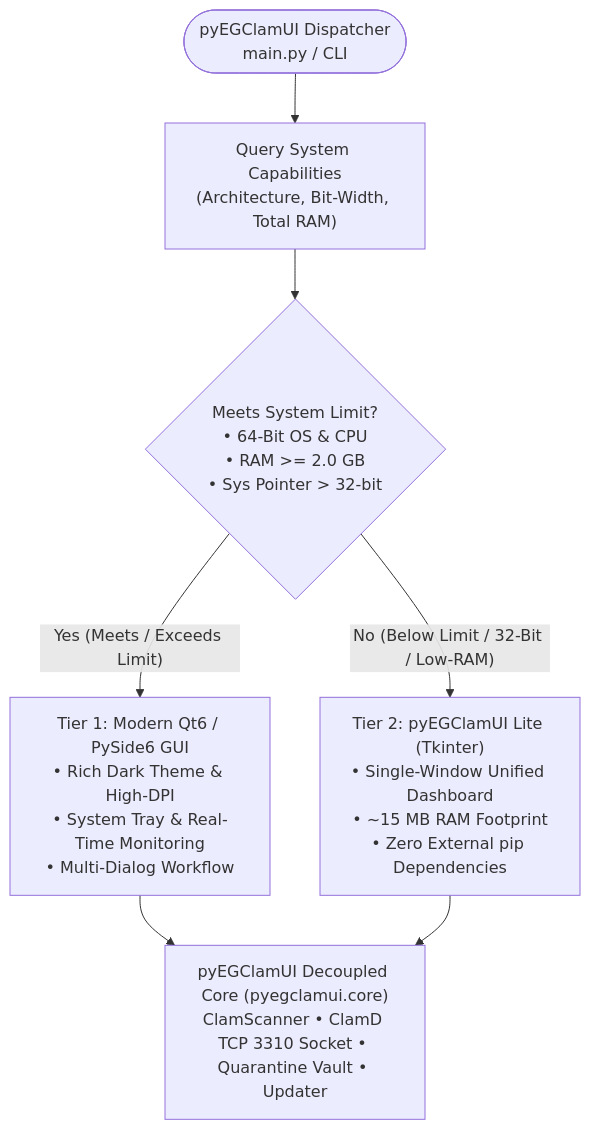
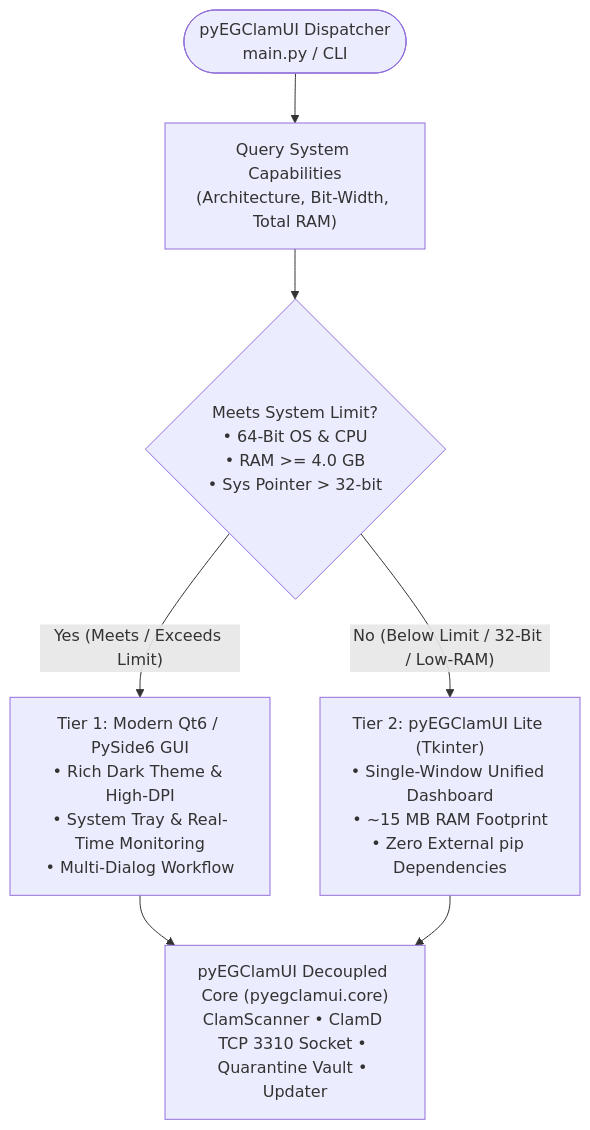
Before and after one commit to EG1DOTIN/pyEGClamUI: the first of 2 diagrams in docs/ADAPTIVE_GUI_DESIGN_PLAN.md, drawn with Mermaid. The commit also changed other lines of this file and 1 other file, not shown here.

Commit message:
docs: adjust deterministic GUI qualification RAM limit to 4GB

````diff
--- a/docs/ADAPTIVE_GUI_DESIGN_PLAN.md
+++ b/docs/ADAPTIVE_GUI_DESIGN_PLAN.md
@@ -13,11 +13,11 @@
 ```mermaid
 flowchart TD
     Boot(["pyEGClamUI Dispatcher<br/>main.py / CLI"]) --> Inspect["Query System Capabilities<br/>(Architecture, Bit-Width, Total RAM)"]
-    Inspect --> Threshold{"Meets System Limit?<br/>• 64-Bit OS & CPU<br/>• RAM >= 2.0 GB<br/>• Sys Pointer > 32-bit"}
+    Inspect --> Threshold{"Meets System Limit?<br/>• 64-Bit OS & CPU<br/>• RAM >= 4.0 GB<br/>• Sys Pointer > 32-bit"}
     
     Threshold -- "Yes (Meets / Exceeds Limit)" --> Tier1["Tier 1: Modern Qt6 / PySide6 GUI<br/>• Rich Dark Theme & High-DPI<br/>• System Tray & Real-Time Monitoring<br/>• Multi-Dialog Workflow"]
     Threshold -- "No (Below Limit / 32-Bit / Low-RAM)" --> Tier2["Tier 2: pyEGClamUI Lite (Tkinter)<br/>• Single-Window Unified Dashboard<br/>• ~15 MB RAM Footprint<br/>• Zero External pip Dependencies"]
     
     Tier1 --> Core["pyEGClamUI Decoupled Core (pyegclamui.core)<br/>ClamScanner • ClamD TCP 3310 Socket • Quarantine Vault • Updater"]
     Tier2 --> Core
 ```
````
